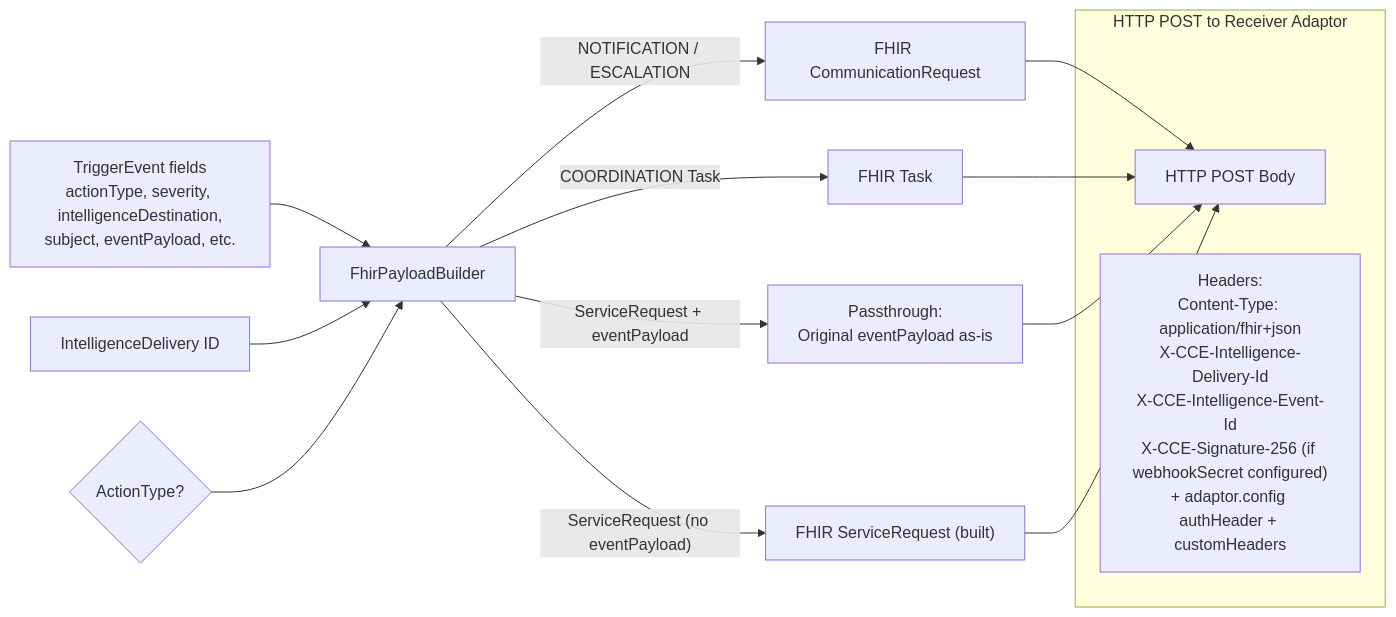
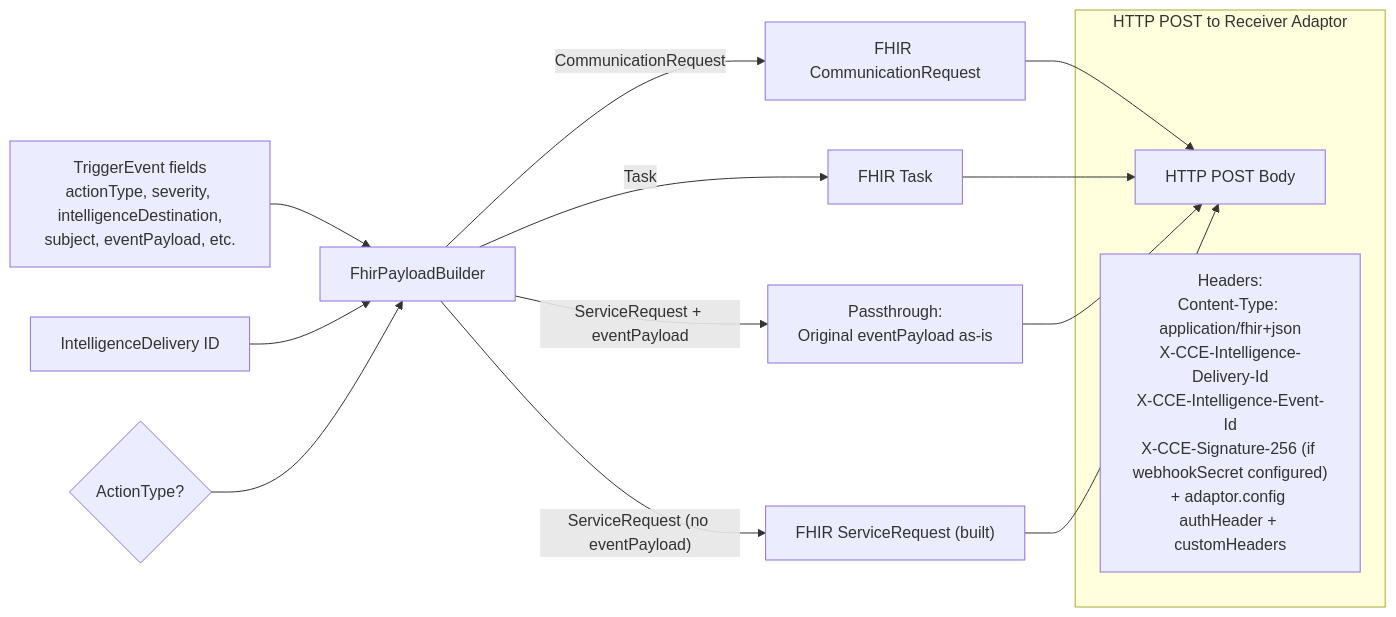
One commit to Jayaprakash8887/cce-intelligence-service changed the sixth of 12 diagrams in docs/flow-diagrams.md. Above: the diagram before and after it, drawn with Mermaid. The commit also changed 11 other files, not shown here.

````diff
--- a/docs/flow-diagrams.md
+++ b/docs/flow-diagrams.md
@@ -183,19 +183,19 @@
 ```mermaid
 flowchart LR
     TE["TriggerEvent fields<br/>actionType, severity, intelligenceDestination,<br/>subject, eventPayload, etc."] --> FB[FhirPayloadBuilder]
     DRI["IntelligenceDelivery ID"] --> FB
     AT{"ActionType?"} --> FB
-    FB -->|NOTIFICATION / ESCALATION| CR["FHIR CommunicationRequest"]
-    FB -->|COORDINATION Task| TK["FHIR Task"]
+    FB -->|CommunicationRequest| CR["FHIR CommunicationRequest"]
+    FB -->|Task| TK["FHIR Task"]
     FB -->|"ServiceRequest + eventPayload"| PT["Passthrough:<br/>Original eventPayload as-is"]
     FB -->|"ServiceRequest (no eventPayload)"| SR["FHIR ServiceRequest (built)"]
     CR --> H[HTTP POST Body]
     TK --> H
     PT --> H
     SR --> H
 
     subgraph "HTTP POST to Receiver Adaptor"
         H
         Headers["Headers:<br/>Content-Type: application/fhir+json<br/>X-CCE-Intelligence-Delivery-Id<br/>X-CCE-Intelligence-Event-Id<br/>X-CCE-Signature-256 (if webhookSecret configured)<br/>+ adaptor.config authHeader + customHeaders"]
     end
 ```
````
